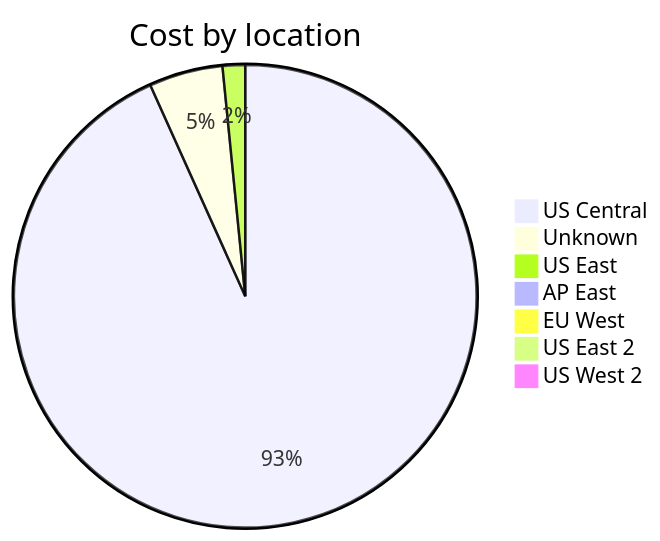
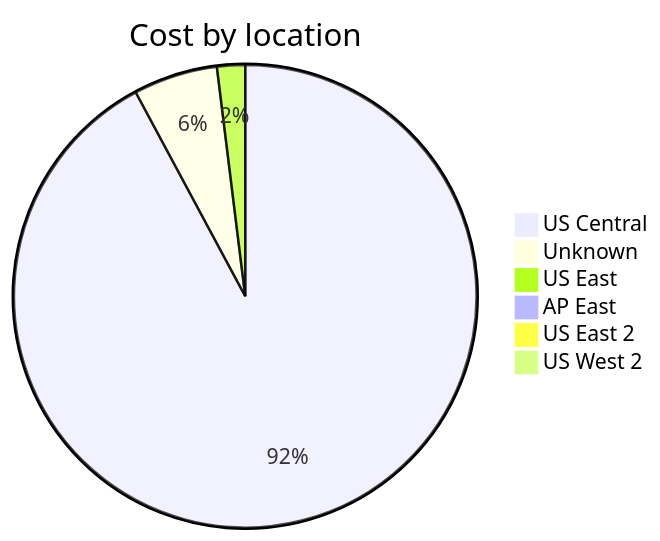
Before and after one commit to jpfulton/azure-personal-reports: the third of 4 diagrams in cost-reports/accumulated-cost.md, drawn with Mermaid. The commit also changed other lines of this file and 4 other files, not shown here.

````diff
--- a/cost-reports/accumulated-cost.md
+++ b/cost-reports/accumulated-cost.md
@@ -121,11 +122,10 @@
 ```mermaid
 pie
    title Cost by location
-   "US Central" : 17.19
-   "Unknown" : 0.95
-   "US East" : 0.29
+   "US Central" : 0.47
+   "Unknown" : 0.03
+   "US East" : 0.01
    "AP East" : 0.00
-   "EU West" : 0.00
    "US East 2" : 0.00
    "US West 2" : 0.00
 ```
````
